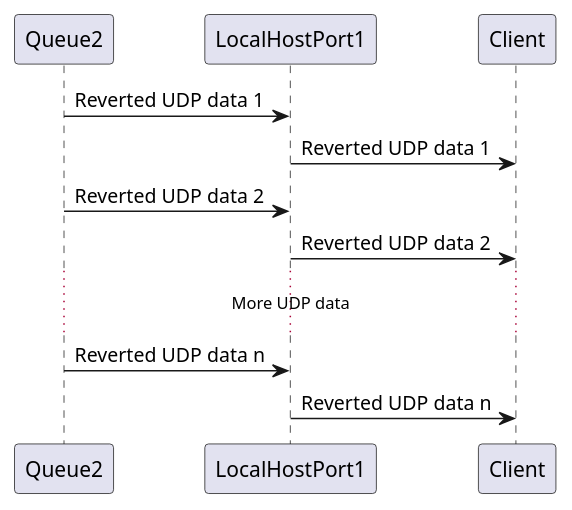
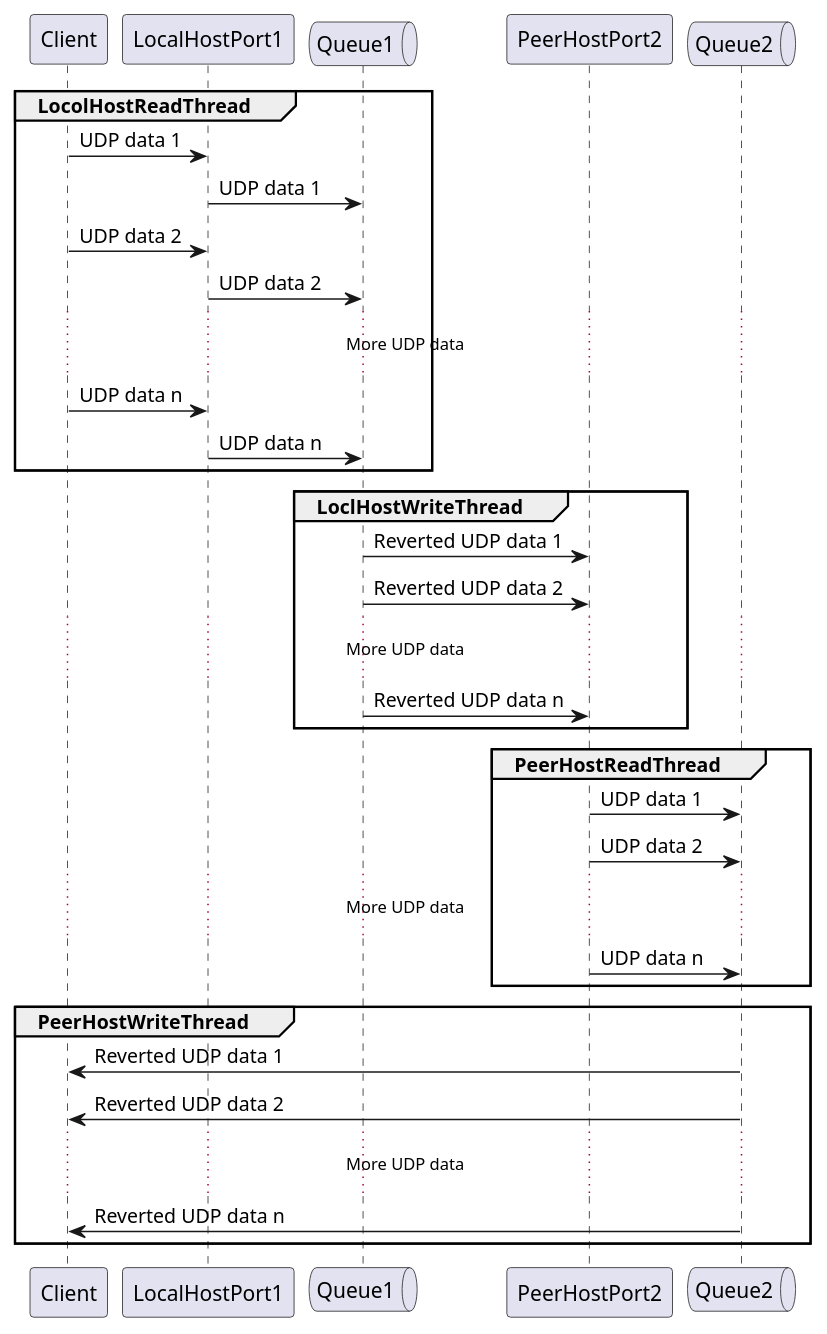
Before and after one commit to xiguichen/tcpudp: the first of 2 diagrams in doc/architecture.md, drawn with PlantUML. The commit also changed other lines of this file, not shown here.

```diff
--- a/doc/architecture.md
+++ b/doc/architecture.md
@@ -39,11 +3,41 @@
 @startuml
 
-Queue2 -> LocalHostPort1: Reverted UDP data 1
-LocalHostPort1 -> Client: Reverted UDP data 1
-Queue2 -> LocalHostPort1: Reverted UDP data 2
-LocalHostPort1 -> Client: Reverted UDP data 2
-... More UDP data ...
-Queue2 -> LocalHostPort1: Reverted UDP data n
-LocalHostPort1 -> Client: Reverted UDP data n
+participant Client 
+participant LocalHostPort1
+queue Queue1
+participant PeerHostPort2
+queue Queue2
+
+group LocolHostReadThread
+    Client -> LocalHostPort1 : UDP data 1
+    LocalHostPort1 -> Queue1: UDP data 1
+    Client -> LocalHostPort1 : UDP data 2
+    LocalHostPort1 -> Queue1: UDP data 2
+    ... More UDP data ...
+    Client -> LocalHostPort1 : UDP data n
+    LocalHostPort1 -> Queue1: UDP data n
+end
+
+group LoclHostWriteThread
+    Queue1 -> PeerHostPort2: Reverted UDP data 1
+    Queue1 -> PeerHostPort2: Reverted UDP data 2
+    ... More UDP data ...
+    Queue1 -> PeerHostPort2: Reverted UDP data n
+end
+
+group PeerHostReadThread
+    PeerHostPort2 -> Queue2: UDP data 1
+    PeerHostPort2 -> Queue2: UDP data 2
+    ... More UDP data ...
+    PeerHostPort2 -> Queue2: UDP data n
+end
+
+
+group PeerHostWriteThread
+    Queue2 -> Client: Reverted UDP data 1
+    Queue2 -> Client: Reverted UDP data 2
+    ... More UDP data ...
+    Queue2 -> Client: Reverted UDP data n
+end
 
 @enduml
```
